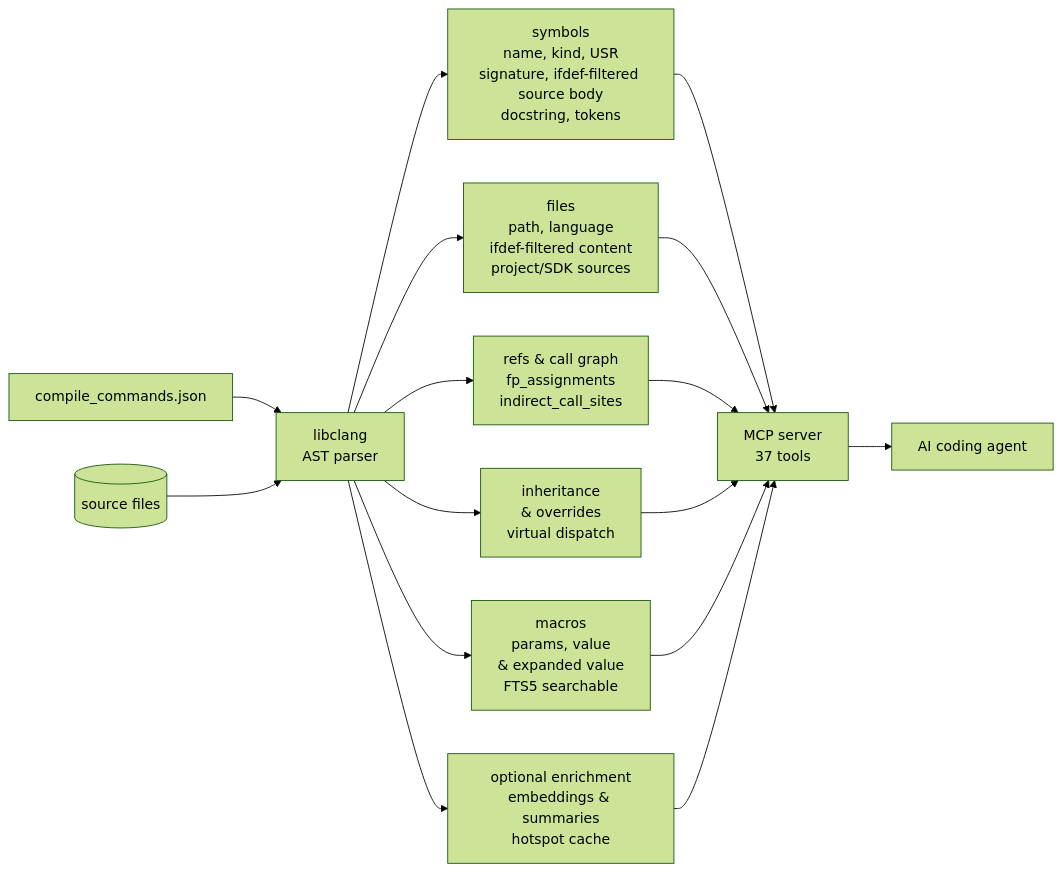
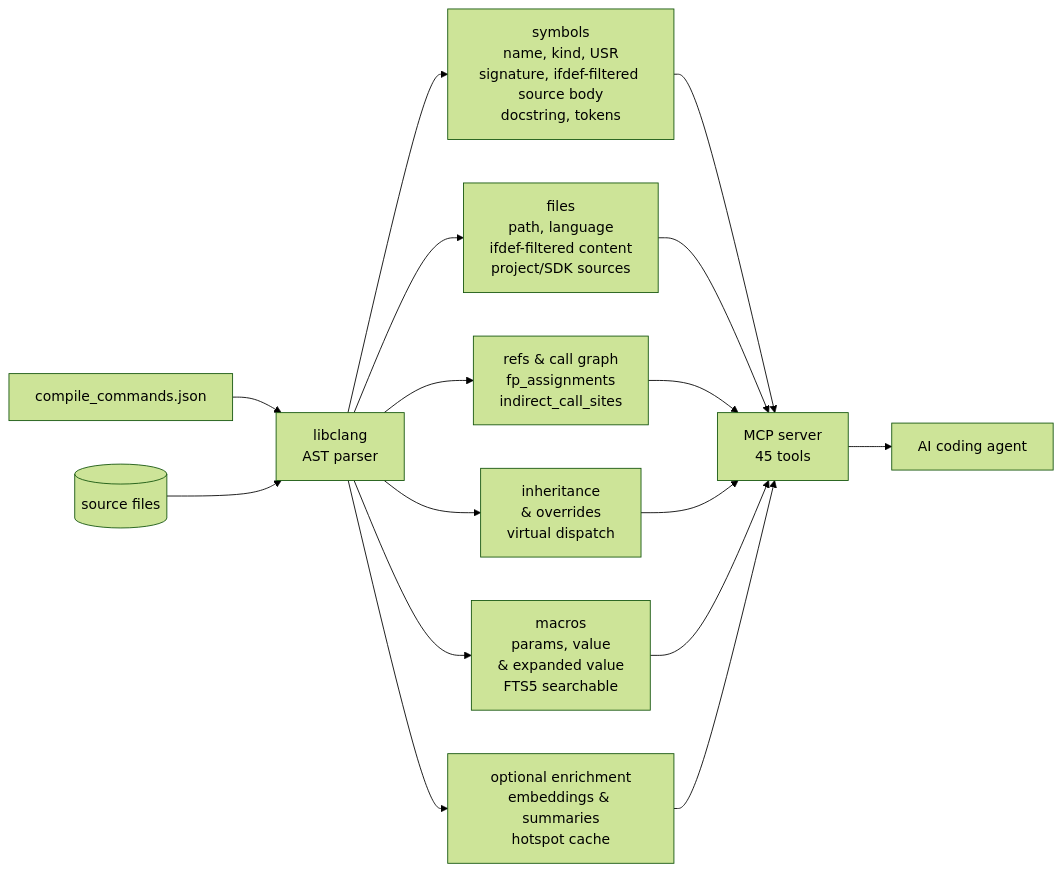
One commit to hyh9335/fw-context-mcp changed the diagram in README.md. Above: the diagram before and after it, drawn with Mermaid (forest theme). The commit also changed other lines of this file and 1 other file, not shown here.

````diff
--- a/README.md
+++ b/README.md
@@ -112,7 +197,7 @@
 ```mermaid
 flowchart LR
     CCJ[compile_commands.json] & SRC[(source files)] --> LIBCLANG[libclang<br/>AST parser]
     LIBCLANG --> SYMBOLS[symbols<br/>name, kind, USR<br/>signature, ifdef-filtered source body<br/>docstring, tokens] & FILES[files<br/>path, language<br/>ifdef-filtered content<br/>project/SDK sources] & REFS[refs &amp; call graph<br/>fp_assignments<br/>indirect_call_sites] & INHERIT[inheritance<br/>&amp; overrides<br/>virtual dispatch] & MACROS[macros<br/>params, value<br/>&amp; expanded value<br/>FTS5 searchable] & ENRICH[optional enrichment<br/>embeddings &amp; summaries<br/>hotspot cache]
-    SYMBOLS & FILES & REFS & INHERIT & MACROS & ENRICH --> MCP[MCP server<br/>37 tools]
+    SYMBOLS & FILES & REFS & INHERIT & MACROS & ENRICH --> MCP[MCP server<br/>45 tools]
     MCP --> LLM[AI coding agent]
 ```
````
